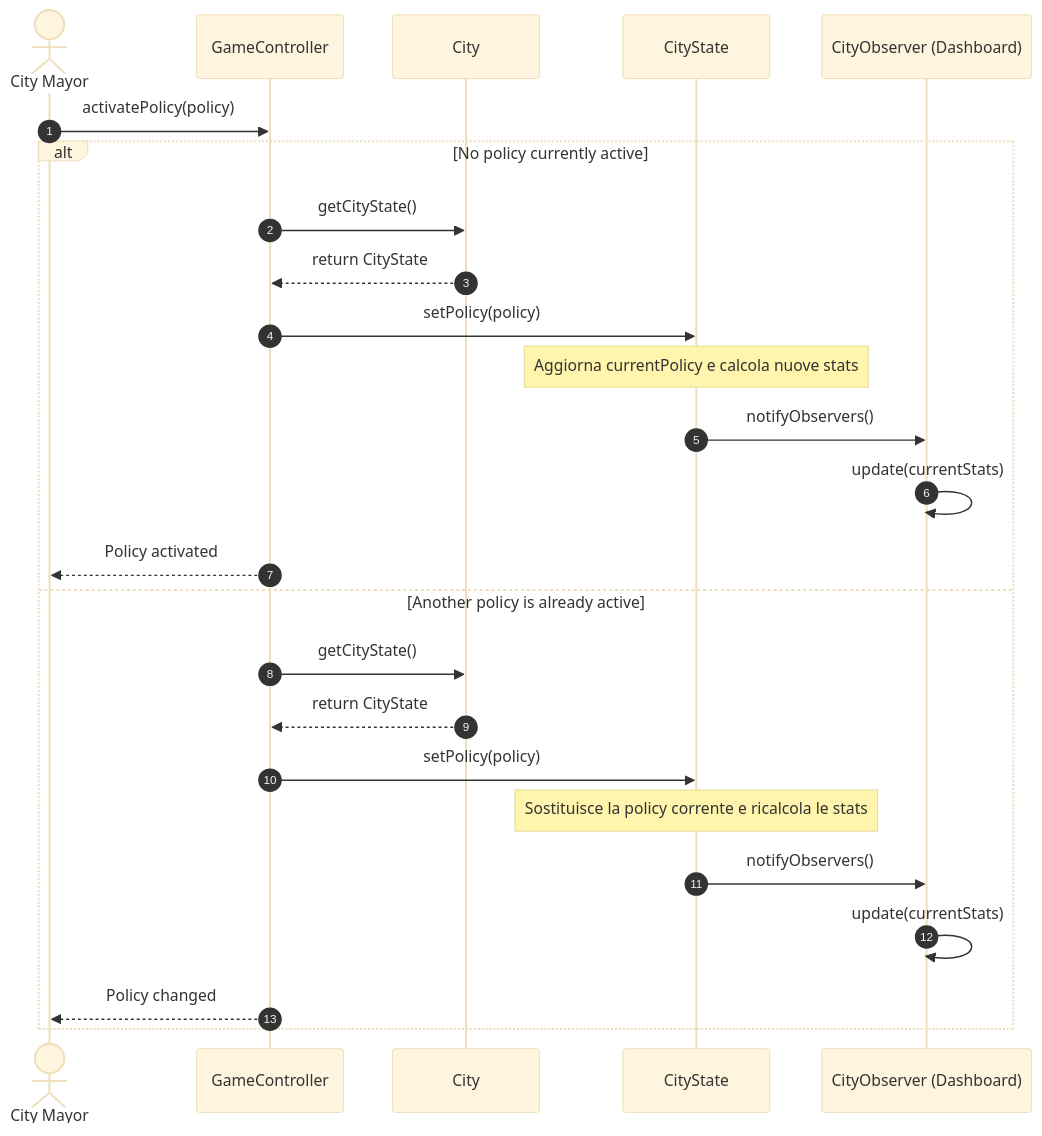
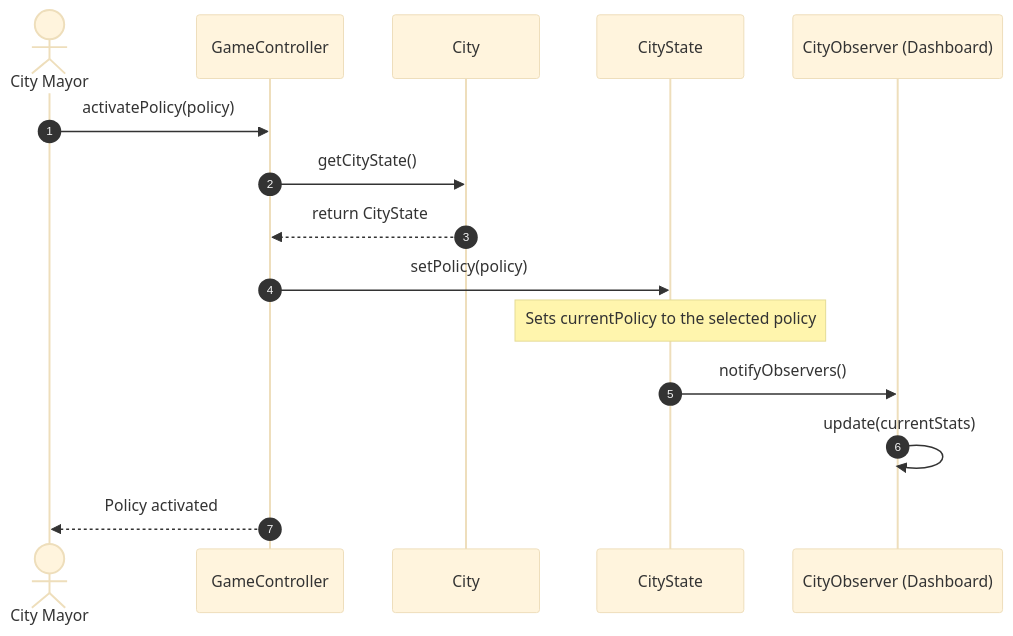
Before and after one commit to andreatoson3-netizen/Amatriciana: the diagram in docs/INTERNAL-SEQUENCE-DIAGRAM/isd-manage-city-policies.md, drawn with Mermaid (base theme).

````diff
--- a/docs/INTERNAL-SEQUENCE-DIAGRAM/isd-manage-city-policies.md
+++ b/docs/INTERNAL-SEQUENCE-DIAGRAM/isd-manage-city-policies.md
@@ -1,29 +1,22 @@
 ```mermaid
 sequenceDiagram
     autonumber
     actor Mayor as City Mayor
     participant Controller as GameController
     participant CityObj as City
     participant State as CityState
     participant Observer as CityObserver (Dashboard)
 
     Mayor->>Controller: activatePolicy(policy)
-    
-    alt No policy currently active
-        Controller->>CityObj: getCityState()
-        CityObj-->>Controller: return CityState
-        Controller->>State: setPolicy(policy)
-        Note over State: Aggiorna currentPolicy e calcola nuove stats
-        State->>Observer: notifyObservers()
-        Observer->>Observer: update(currentStats)
-        Controller-->>Mayor: Policy activated
-    else Another policy is already active
-        Controller->>CityObj: getCityState()
-        CityObj-->>Controller: return CityState
-        Controller->>State: setPolicy(policy)
-        Note over State: Sostituisce la policy corrente e ricalcola le stats
-        State->>Observer: notifyObservers()
-        Observer->>Observer: update(currentStats)
-        Controller-->>Mayor: Policy changed
-    end
+
+    Controller->>CityObj: getCityState()
+    CityObj-->>Controller: return CityState
+
+    Controller->>State: setPolicy(policy)
+    Note over State: Sets currentPolicy to the selected policy
+
+    State->>Observer: notifyObservers()
+    Observer->>Observer: update(currentStats)
+
+    Controller-->>Mayor: Policy activated
 ```
````
